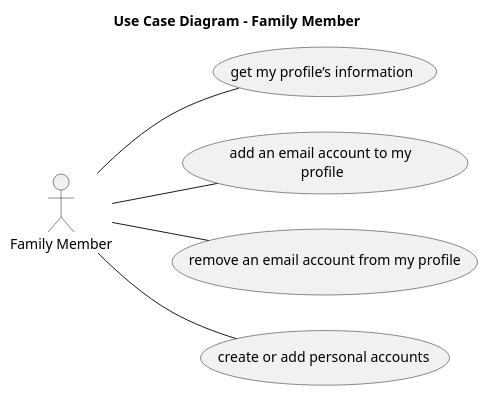
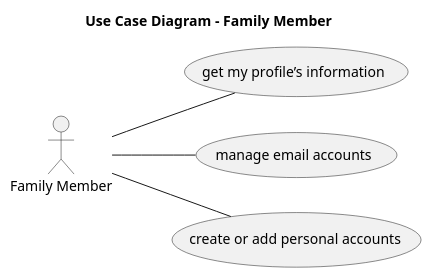
One commit to tomas-osswald/switch_2020_g3 changed the diagram in docs/sprint7/diagrams/UseCaseDiagramFM.puml. Above: the diagram before and after it, drawn with PlantUML.

Commit message:
Resumed UC diagram on FM

```diff
--- a/docs/sprint7/diagrams/UseCaseDiagramFM.puml
+++ b/docs/sprint7/diagrams/UseCaseDiagramFM.puml
@@ -1,20 +1,18 @@
 @startuml
 
 left to right direction
 
 title Use Case Diagram - Family Member
 
 actor "Family Member" as fm
 
 usecase "get my profile’s information" as uc150
-usecase "add an email account to my \nprofile" as uc151
-usecase "remove an email account from my profile" as uc152
+usecase "manage email accounts" as uc151
 usecase "create or add personal accounts" as uc170
 
-fm -- uc152
 fm -- uc150
 fm -- uc151
 fm -- uc170
 
 
 @enduml
```
